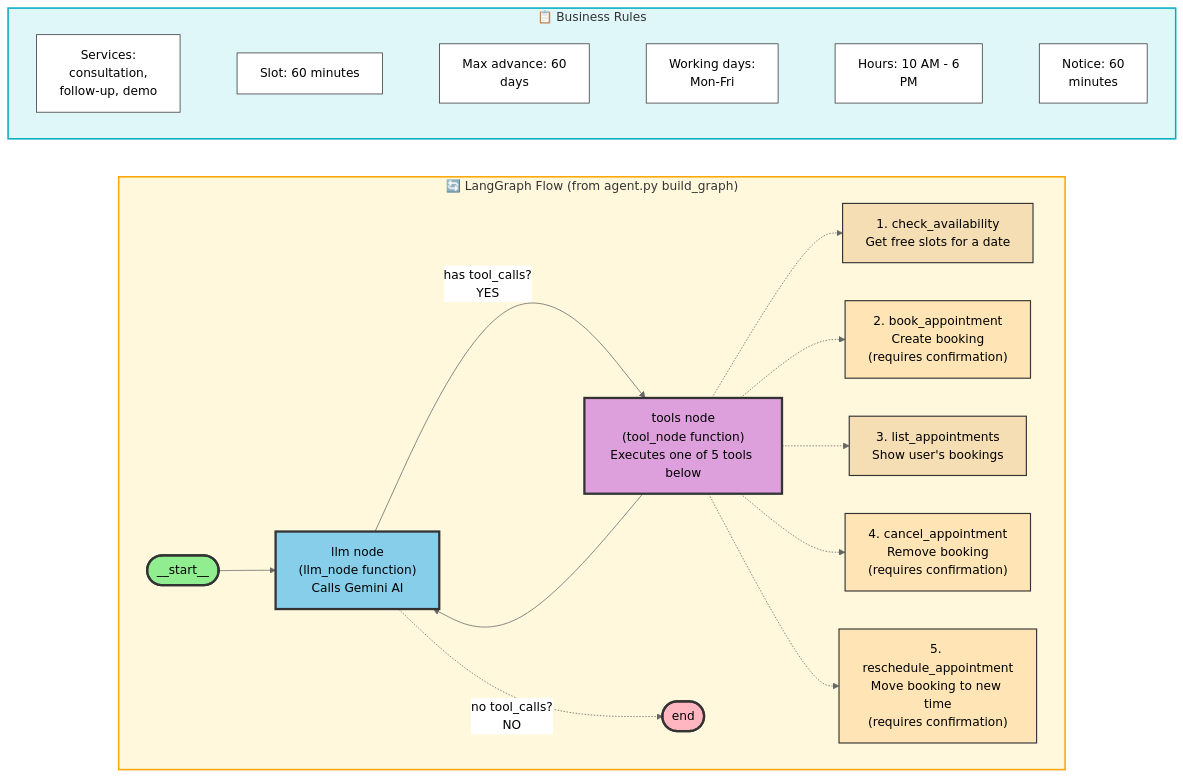
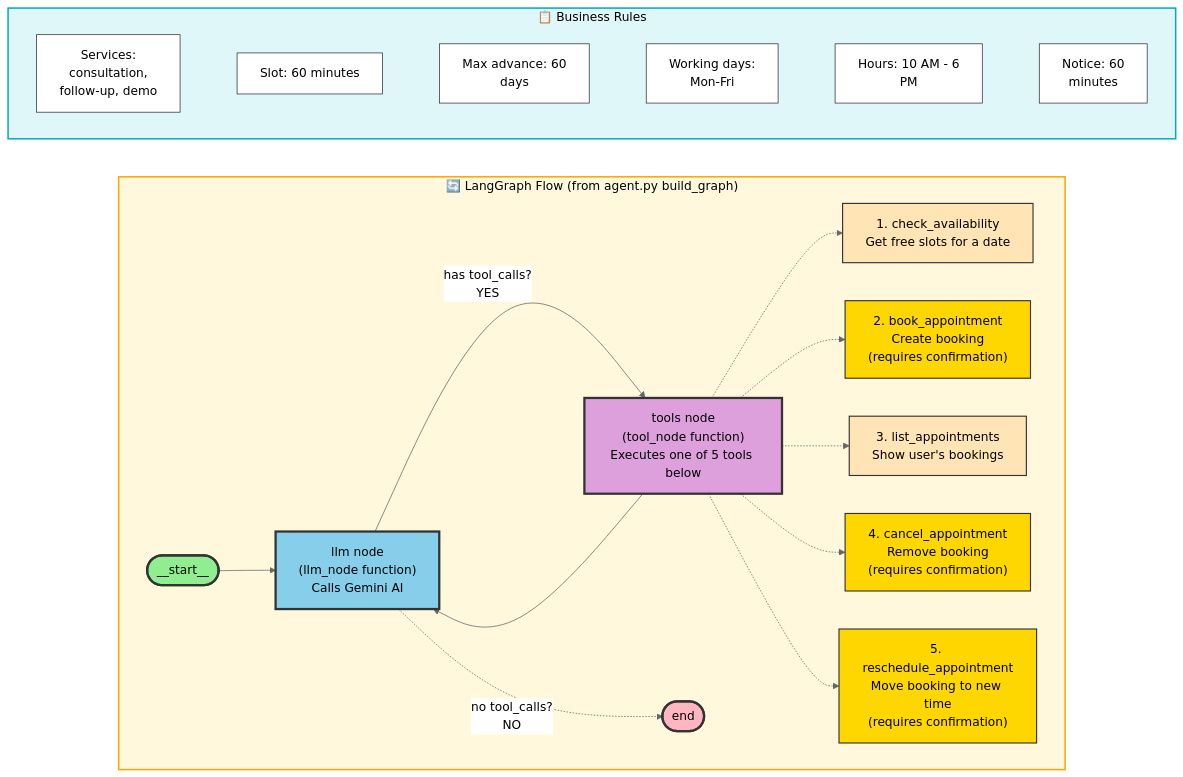
One commit to SoftCr8ors/AI-Appointment-Booking-Agent changed the diagram in README.md. Above: the diagram before and after it, drawn with Mermaid (neutral theme). The commit also changed other lines of this file, not shown here.

Commit message:
Fix mermaid diagram colors for better text visibility

````diff
--- a/README.md
+++ b/README.md
@@ -28,61 +28,61 @@
 ```mermaid
 flowchart TB
     subgraph RULES["📋 Business Rules"]
         direction LR
         R1["Services:<br/>consultation,<br/>follow-up, demo"]
         R2["Slot: 60 minutes"]
         R3["Max advance: 60<br/>days"]
         R4["Working days:<br/>Mon-Fri"]
         R5["Hours: 10 AM - 6<br/>PM"]
         R6["Notice: 60<br/>minutes"]
 
         R1 ~~~ R2 ~~~ R3 ~~~ R4 ~~~ R5 ~~~ R6
     end
 
     subgraph FLOW["🔄 LangGraph Flow (from agent.py build_graph)"]
         START(["__start__"])
         LLM["llm node<br/>(llm_node function)<br/>Calls Gemini AI"]
         TOOLS["tools node<br/>(tool_node function)<br/>Executes one of 5 tools below"]
         END(["end"])
 
         T1["1. check_availability<br/>Get free slots for a date"]
         T2["2. book_appointment<br/>Create booking<br/>(requires confirmation)"]
         T3["3. list_appointments<br/>Show user's bookings"]
         T4["4. cancel_appointment<br/>Remove booking<br/>(requires confirmation)"]
         T5["5. reschedule_appointment<br/>Move booking to new time<br/>(requires confirmation)"]
 
         START --> LLM
         LLM -->|"has tool_calls?<br/>YES"| TOOLS
         LLM -.->|"no tool_calls?<br/>NO"| END
         TOOLS --> LLM
 
         TOOLS -.-> T1
         TOOLS -.-> T2
         TOOLS -.-> T3
         TOOLS -.-> T4
         TOOLS -.-> T5
     end
 
     RULES ~~~ FLOW
 
-    style RULES fill:#E0F7FA,stroke:#00ACC1,stroke-width:2px
-    style FLOW fill:#FFF8DC,stroke:#FFA500,stroke-width:2px
+    style RULES fill:#E0F7FA,stroke:#00ACC1,stroke-width:2px,color:#000
+    style FLOW fill:#FFF8DC,stroke:#FFA500,stroke-width:2px,color:#000
 
-    style START fill:#90EE90,stroke:#333,stroke-width:3px
-    style LLM fill:#87CEEB,stroke:#333,stroke-width:3px
-    style TOOLS fill:#DDA0DD,stroke:#333,stroke-width:3px
-    style END fill:#FFB6C1,stroke:#333,stroke-width:3px
+    style START fill:#90EE90,stroke:#333,stroke-width:3px,color:#000
+    style LLM fill:#87CEEB,stroke:#333,stroke-width:3px,color:#000
+    style TOOLS fill:#DDA0DD,stroke:#333,stroke-width:3px,color:#000
+    style END fill:#FFB6C1,stroke:#333,stroke-width:3px,color:#000
 
-    style R1 fill:#FFF,stroke:#333,stroke-width:1px
-    style R2 fill:#FFF,stroke:#333,stroke-width:1px
-    style R3 fill:#FFF,stroke:#333,stroke-width:1px
-    style R4 fill:#FFF,stroke:#333,stroke-width:1px
-    style R5 fill:#FFF,stroke:#333,stroke-width:1px
-    style R6 fill:#FFF,stroke:#333,stroke-width:1px
+    style R1 fill:#FFF,stroke:#333,stroke-width:1px,color:#000
+    style R2 fill:#FFF,stroke:#333,stroke-width:1px,color:#000
+    style R3 fill:#FFF,stroke:#333,stroke-width:1px,color:#000
+    style R4 fill:#FFF,stroke:#333,stroke-width:1px,color:#000
+    style R5 fill:#FFF,stroke:#333,stroke-width:1px,color:#000
+    style R6 fill:#FFF,stroke:#333,stroke-width:1px,color:#000
 
-    style T1 fill:#F5DEB3,stroke:#333,stroke-width:1.5px
-    style T2 fill:#FFE4B5,stroke:#333,stroke-width:1.5px
-    style T3 fill:#F5DEB3,stroke:#333,stroke-width:1.5px
-    style T4 fill:#FFE4B5,stroke:#333,stroke-width:1.5px
-    style T5 fill:#FFE4B5,stroke:#333,stroke-width:1.5px
+    style T1 fill:#FFE4B5,stroke:#333,stroke-width:1.5px,color:#000
+    style T2 fill:#FFD700,stroke:#333,stroke-width:1.5px,color:#000
+    style T3 fill:#FFE4B5,stroke:#333,stroke-width:1.5px,color:#000
+    style T4 fill:#FFD700,stroke:#333,stroke-width:1.5px,color:#000
+    style T5 fill:#FFD700,stroke:#333,stroke-width:1.5px,color:#000
 ```
````
